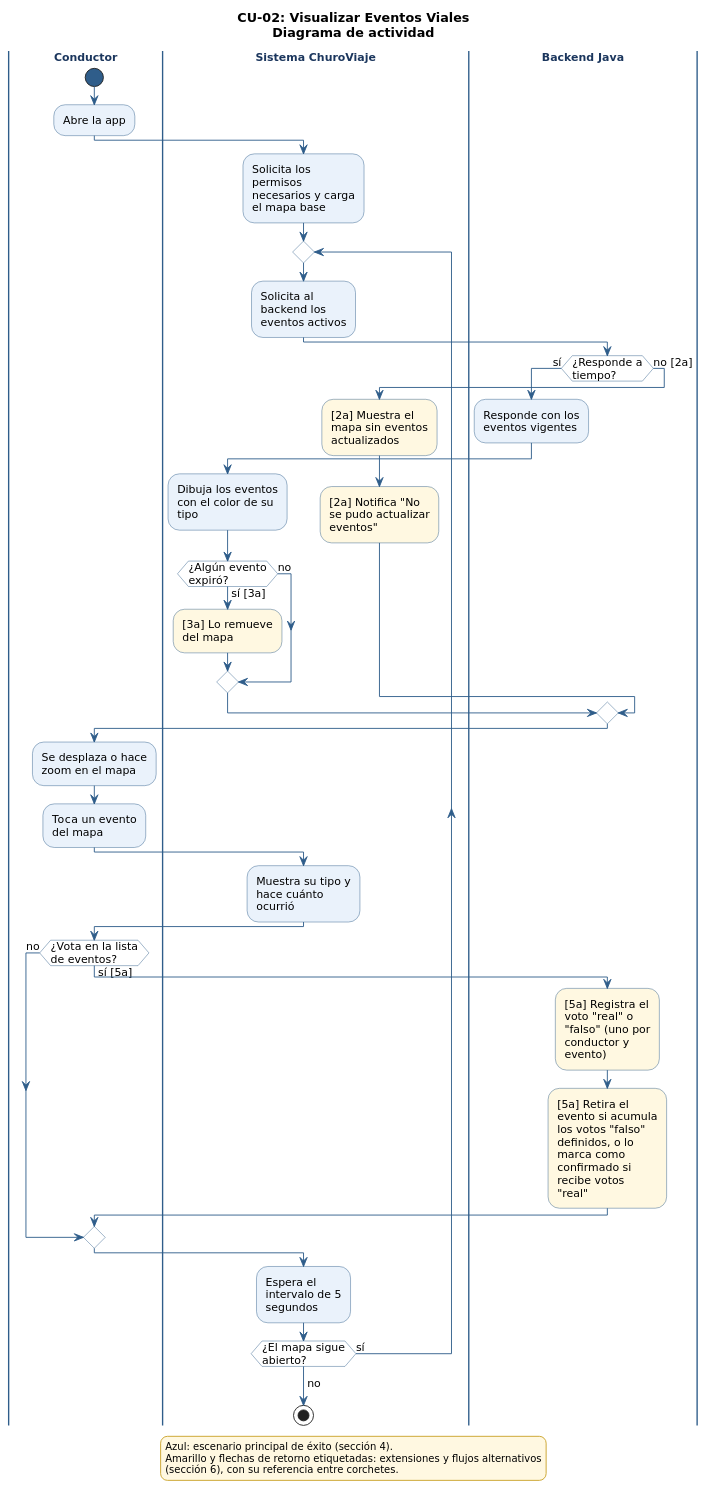
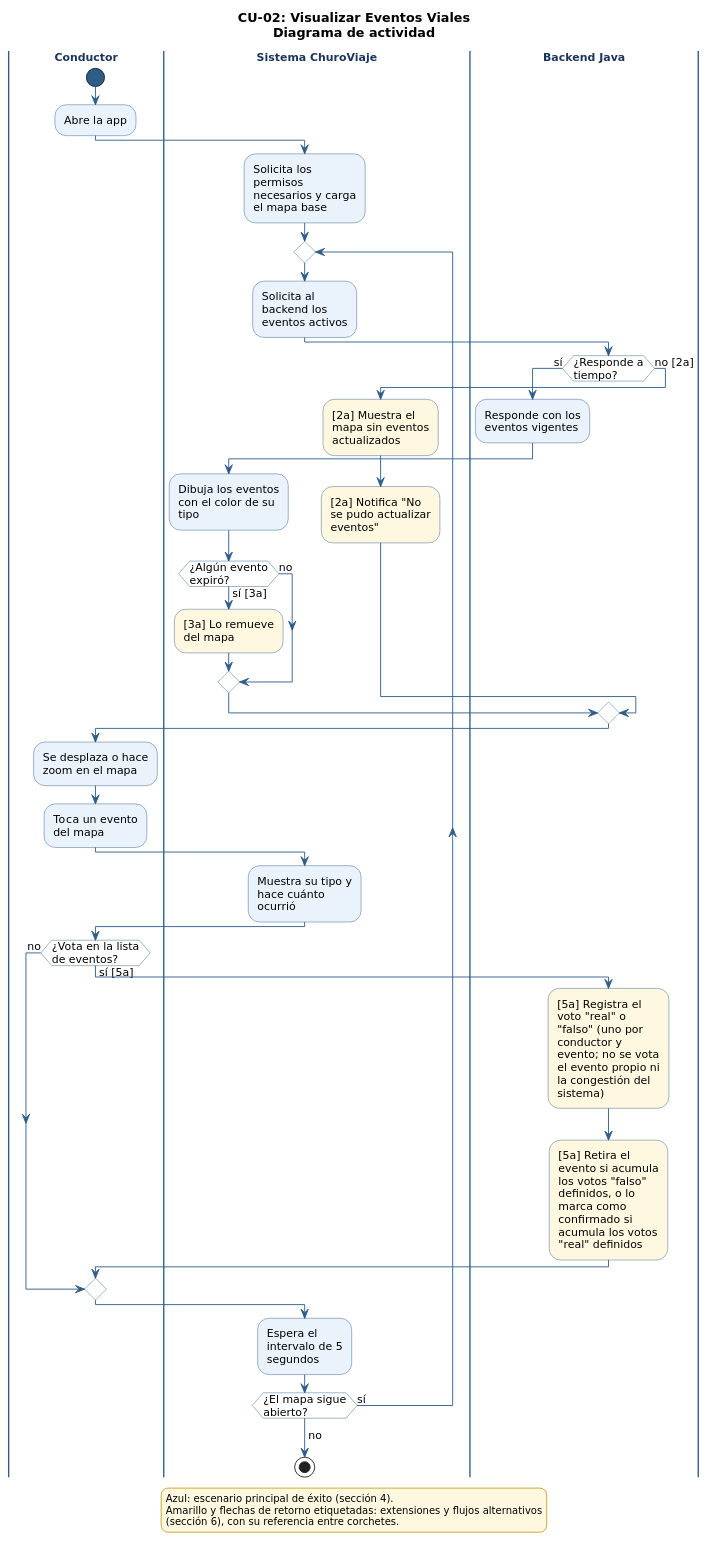
Before and after one commit to uniWASD/ChuroViajeInterno: the diagram in 03_des/01_Diagramas_de_comportamiento/CU-02_VisualizarEventosViales.puml, drawn with PlantUML. The commit also changed 59 other files, not shown here.

Commit message:
docs(req): alinear Visión, CU, HU y diagramas con la arquitectura (T-086, #38)

```diff
--- a/03_des/01_Diagramas_de_comportamiento/CU-02_VisualizarEventosViales.puml
+++ b/03_des/01_Diagramas_de_comportamiento/CU-02_VisualizarEventosViales.puml
@@ -1,108 +1,111 @@
 @startuml CU-02_VisualizarEventosViales
 ' CU-02: Visualizar Eventos Viales - Diagrama de comportamiento (actividad)
 ' Fuente: 02_req - Especificación de Casos de Uso (CU-01 a CU-08), secciones 4 y 6
-' Issue: T-045
+' Issue: T-045 (actualizado en T-086)
 ' Revisión de coherencia (06/10/2026): consulta cada 5 s, detalle del evento al tocarlo y voto real/falso (5a).
 
 skinparam shadowing false
 skinparam defaultFontName "DejaVu Sans"
 skinparam defaultFontSize 12
 skinparam wrapWidth 200
 skinparam ArrowColor #2F5D8A
 skinparam activity {
   BackgroundColor #EAF2FB
   BorderColor #2F5D8A
   DiamondBackgroundColor #FFFFFF
   DiamondBorderColor #2F5D8A
   StartColor #2F5D8A
   EndColor #2F5D8A
 }
 skinparam swimlane {
   BorderColor #2F5D8A
   TitleFontStyle bold
   TitleFontColor #1B365D
 }
 skinparam legend {
   BackgroundColor #FFF8E1
   BorderColor #C9A227
   FontSize 11
 }
 
 title CU-02: Visualizar Eventos Viales\nDiagrama de actividad
 
 |Conductor|
 start
 :Abre la app;
 |Sistema ChuroViaje|
 :Solicita los
 permisos
 necesarios y carga
 el mapa base;
 repeat
   :Solicita al
 backend los
 eventos activos;
   |Backend Java|
   if (¿Responde a\ntiempo?) then (sí)
     :Responde con los
 eventos vigentes;
     |Sistema ChuroViaje|
     :Dibuja los eventos
 con el color de su
 tipo;
     if (¿Algún evento\nexpiró?) then (sí [3a])
       #FFF8E1:[3a] Lo remueve
 del mapa;
     else (no)
     endif
   else (no [2a])
     |Sistema ChuroViaje|
     #FFF8E1:[2a] Muestra el
 mapa sin eventos
 actualizados;
     #FFF8E1:[2a] Notifica "No
 se pudo actualizar
 eventos";
   endif
   |Conductor|
   :Se desplaza o hace
 zoom en el mapa;
   :Toca un evento
 del mapa;
   |Sistema ChuroViaje|
   :Muestra su tipo y
 hace cuánto
 ocurrió;
   |Conductor|
   if (¿Vota en la lista\nde eventos?) then (sí [5a])
     |Backend Java|
     #FFF8E1:[5a] Registra el
 voto "real" o
 "falso" (uno por
 conductor y
-evento);
+evento; no se vota
+el evento propio ni
+la congestión del
+sistema);
     #FFF8E1:[5a] Retira el
 evento si acumula
 los votos "falso"
 definidos, o lo
 marca como
 confirmado si
-recibe votos
-"real";
+acumula los votos
+"real" definidos;
   else (no)
   endif
   |Sistema ChuroViaje|
   :Espera el
 intervalo de 5
 segundos;
 repeat while (¿El mapa sigue\nabierto?) is (sí)
 ->no;
 stop
 
 legend bottom
   Azul: escenario principal de éxito (sección 4).
   Amarillo y flechas de retorno etiquetadas: extensiones y flujos alternativos
   (sección 6), con su referencia entre corchetes.
 endlegend
 
 @enduml
```
